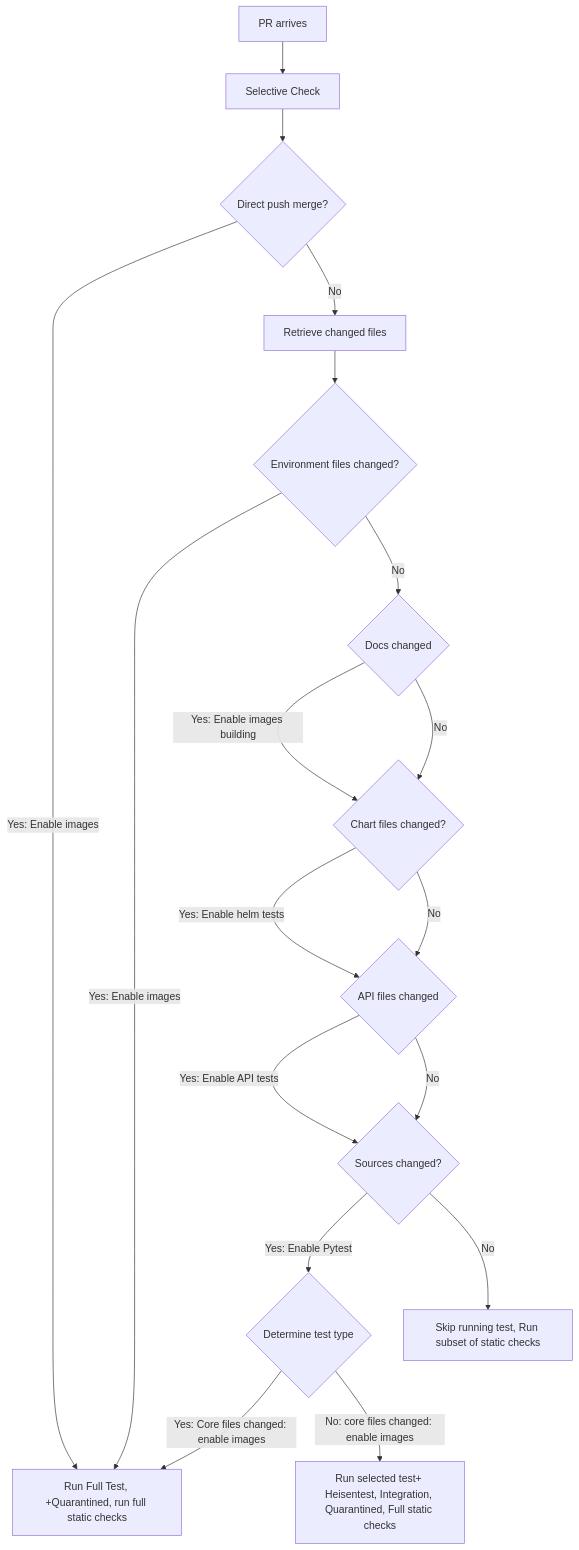
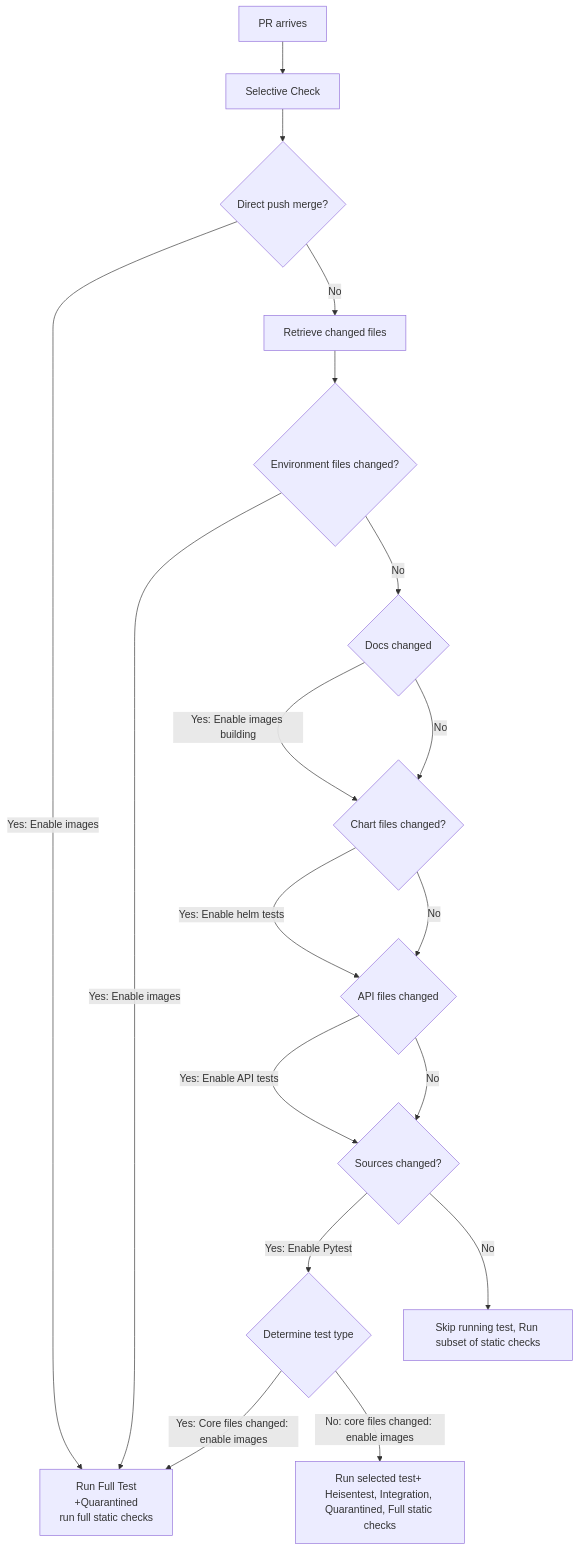
The diagram in README.md (edithturn/golang-training), drawn with Mermaid before and after one commit.

Commit message:
test mermaid

````diff
--- a/README.md
+++ b/README.md
@@ -7,20 +7,20 @@
 ```mermaid
 flowchart TD
 A[PR arrives]-->B[Selective Check]
 B-->C{Direct push merge?}
-C-->|Yes: Enable images| D[Run Full Test, +Quarantined, run full static checks]
+C-->|Yes: Enable images| D[Run Full Test<br />+Quarantined<br />run full static checks]
 C-->|No| E[Retrieve changed files]
 E-->F{Environment files changed?}
 F-->|Yes: Enable images| D
 F-->|No| G{Docs changed}
 G-->|Yes: Enable images building| I{Chart files changed?}
 G-->|No| I
 I-->|Yes: Enable helm tests| J{API files changed}
 I-->|No| J
 J-->|Yes: Enable API tests| H{Sources changed?}
 J-->|No| H
 H-->|Yes: Enable Pytest| K{Determine test type}
 K-->|Yes: Core files changed: enable images| D
 K-->|No: core files changed: enable images| M[Run selected test+ Heisentest, Integration, Quarantined, Full static checks] 
 H-->|No| L[Skip running test, Run subset of static checks]
 ```
````
